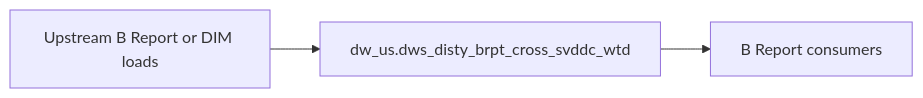
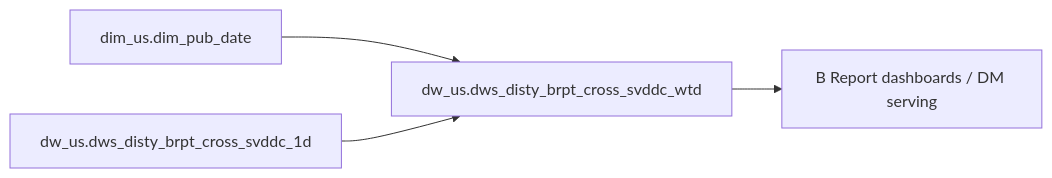
The diagram in backend/defaults/b_report/workspace/target/knowledgebase/b-report-us/dws_disty_brpt_cross_svddc_wtd.md (chengduhaha/data_agent), drawn with Mermaid before and after one commit. The commit also changed other lines of this file and 1108 other files, not shown here.

````diff
--- a/backend/defaults/b_report/workspace/target/knowledgebase/b-report-us/dws_disty_brpt_cross_svddc_wtd.md
+++ b/backend/defaults/b_report/workspace/target/knowledgebase/b-report-us/dws_disty_brpt_cross_svddc_wtd.md
@@ -151,8 +267,10 @@
 ```mermaid
 flowchart LR
-  upstream[Upstream B Report or DIM loads]
-  tgt["dw_us.dws_disty_brpt_cross_svddc_wtd"]
-  brpt[B Report consumers]
-  upstream --> tgt
-  tgt --> brpt
+  dw_us_dws_disty_brpt_cross_svddc_wtd["dw_us.dws_disty_brpt_cross_svddc_wtd"]
+  src0["dim_us.dim_pub_date"]
+  src0 --> dw_us_dws_disty_brpt_cross_svddc_wtd
+  src1["dw_us.dws_disty_brpt_cross_svddc_1d"]
+  src1 --> dw_us_dws_disty_brpt_cross_svddc_wtd
+  consumers["B Report dashboards / DM serving"]
+  dw_us_dws_disty_brpt_cross_svddc_wtd --> consumers
 ```
````
